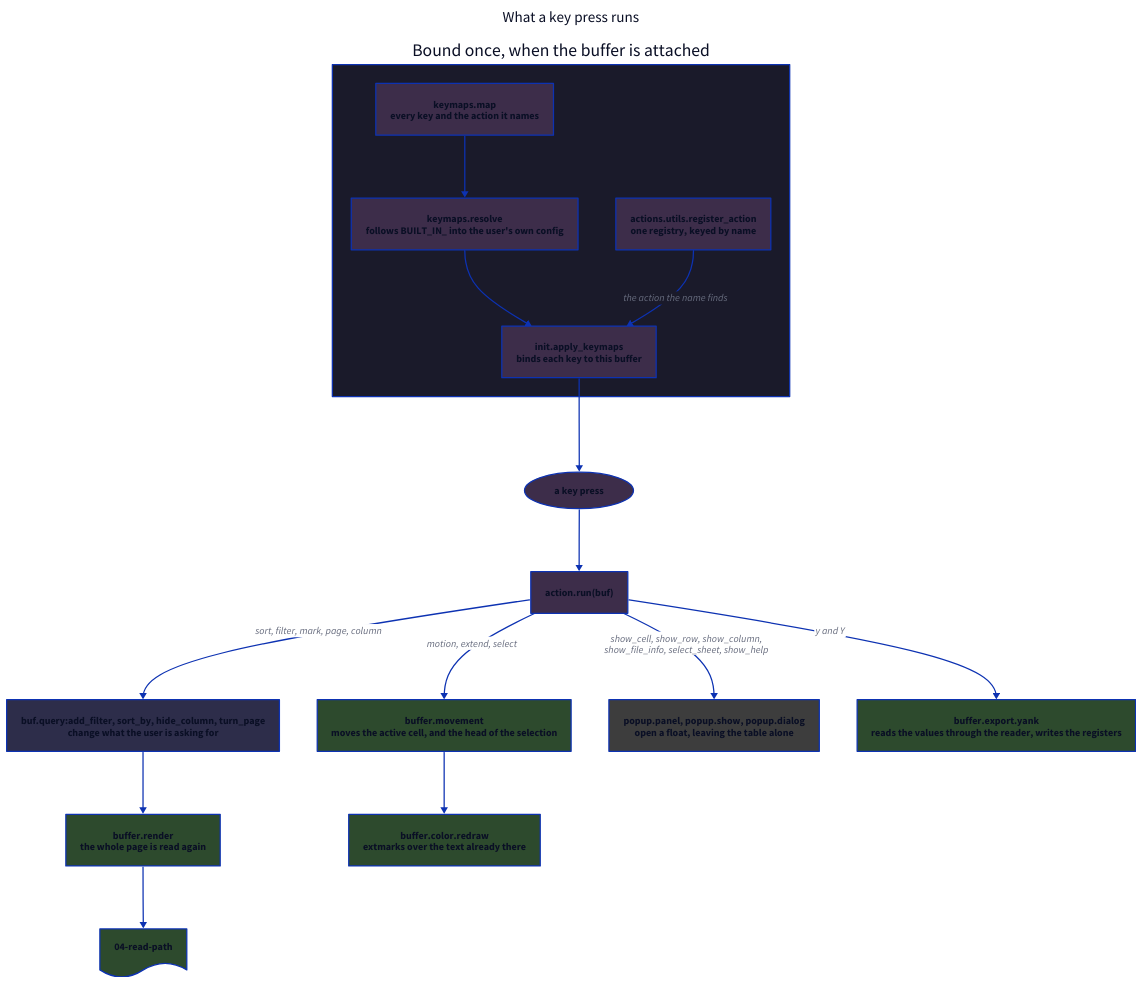
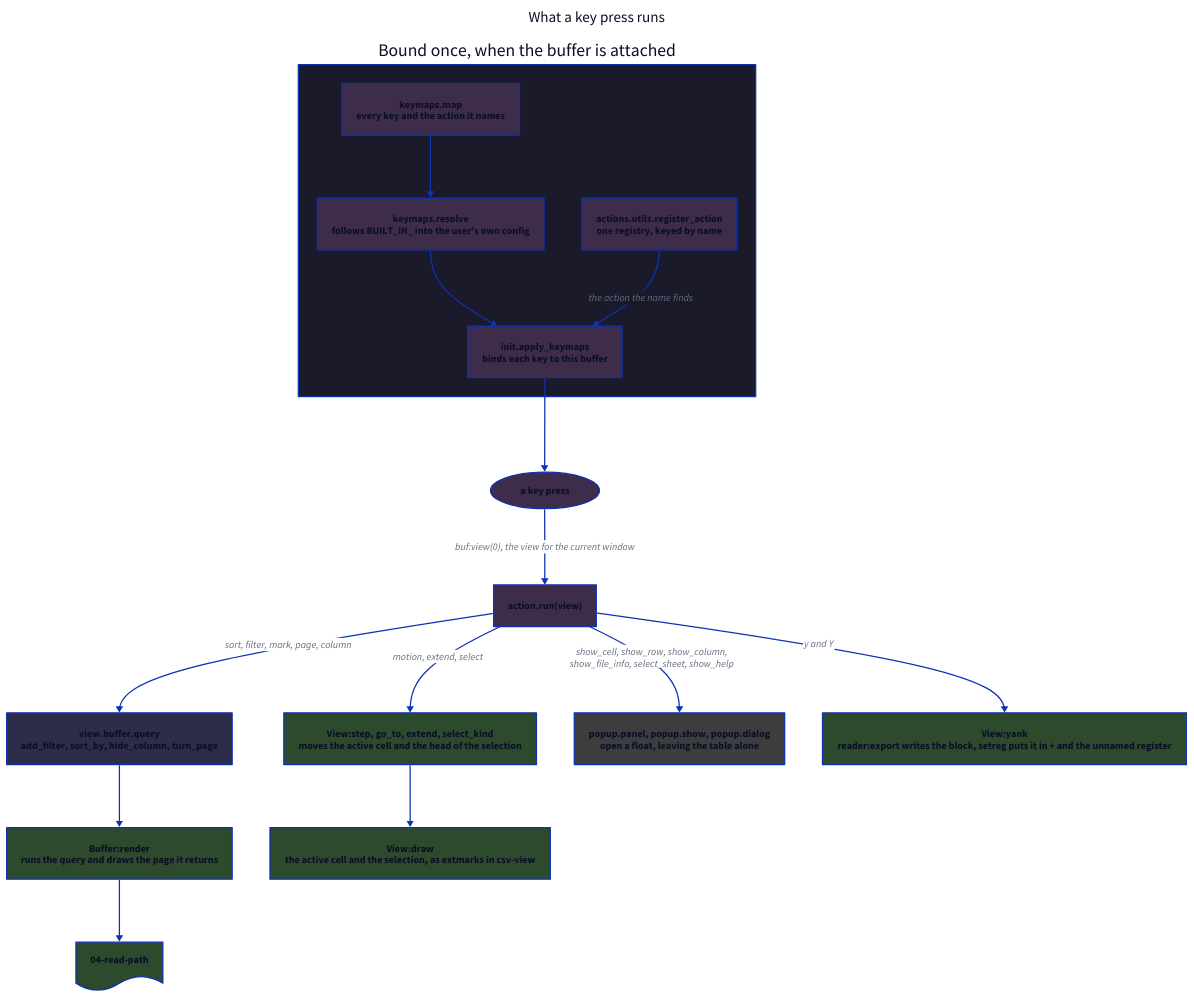
One commit to cseickel/csv-table.nvim changed the diagram in docs/03-actions.d2. Above: the diagram before and after it, drawn with D2. The commit also changed 39 other files, not shown here.

First line of the commit message:
refactor: replace per-window state maps with csv.View

```diff
--- a/docs/03-actions.d2
+++ b/docs/03-actions.d2
@@ -1,58 +1,58 @@
 direction: down
 
 title: What a key press runs {
   near: top-center
   shape: text
   style.font-size: 24
 }
 
 classes: {
   entry: {style.fill: "#3d2d4a"}
   data: {style.fill: "#2d2d4a"}
   draw: {style.fill: "#2d4a2d"}
   ui: {style.fill: "#3d3d3d"}
 }
 
 setup: Bound once, when the buffer is attached {
   style.fill: "#1a1a2a"
 
   map: "keymaps.map\nevery key and the action it names" {class: entry}
   resolve: "keymaps.resolve\nfollows BUILT_IN_ into the user's own config" {class: entry}
   registry: "actions.utils.register_action\none registry, keyed by name" {class: entry}
   apply: "init.apply_keymaps\nbinds each key to this buffer" {class: entry}
 
   map -> resolve -> apply
   registry -> apply: the action the name finds
 }
 
 press: a key press {
   shape: oval
   class: entry
 }
 
-run: "action.run(buf)" {class: entry}
+run: "action.run(view)" {class: entry}
 
-change: "buf.query:add_filter, sort_by, hide_column, turn_page\nchange what the user is asking for" {class: data}
-render: "buffer.render\nthe whole page is read again" {class: draw}
-move: "buffer.movement\nmoves the active cell, and the head of the selection" {class: draw}
-redraw: "buffer.color.redraw\nextmarks over the text already there" {class: draw}
+change: "view.buffer.query\nadd_filter, sort_by, hide_column, turn_page" {class: data}
+render: "Buffer:render\nruns the query and draws the page it returns" {class: draw}
+move: "View:step, go_to, extend, select_kind\nmoves the active cell and the head of the selection" {class: draw}
+redraw: "View:draw\nthe active cell and the selection, as extmarks in csv-view" {class: draw}
 float: "popup.panel, popup.show, popup.dialog\nopen a float, leaving the table alone" {class: ui}
-yank: "buffer.export.yank\nreads the values through the reader, writes the registers" {class: draw}
+yank: "View:yank\nreader:export writes the block, setreg puts it in + and the unnamed register" {class: draw}
 
 next: 04-read-path {
   shape: document
   class: draw
 }
 
 setup.apply -> press
-press -> run
+press -> run: "buf:view(0), the view for the current window"
 
 run -> change: sort, filter, mark, page, column
 change -> render
 render -> next
 
 run -> move: motion, extend, select
 move -> redraw
 
 run -> float: "show_cell, show_row, show_column,\nshow_file_info, select_sheet, show_help"
 run -> yank: y and Y
```
